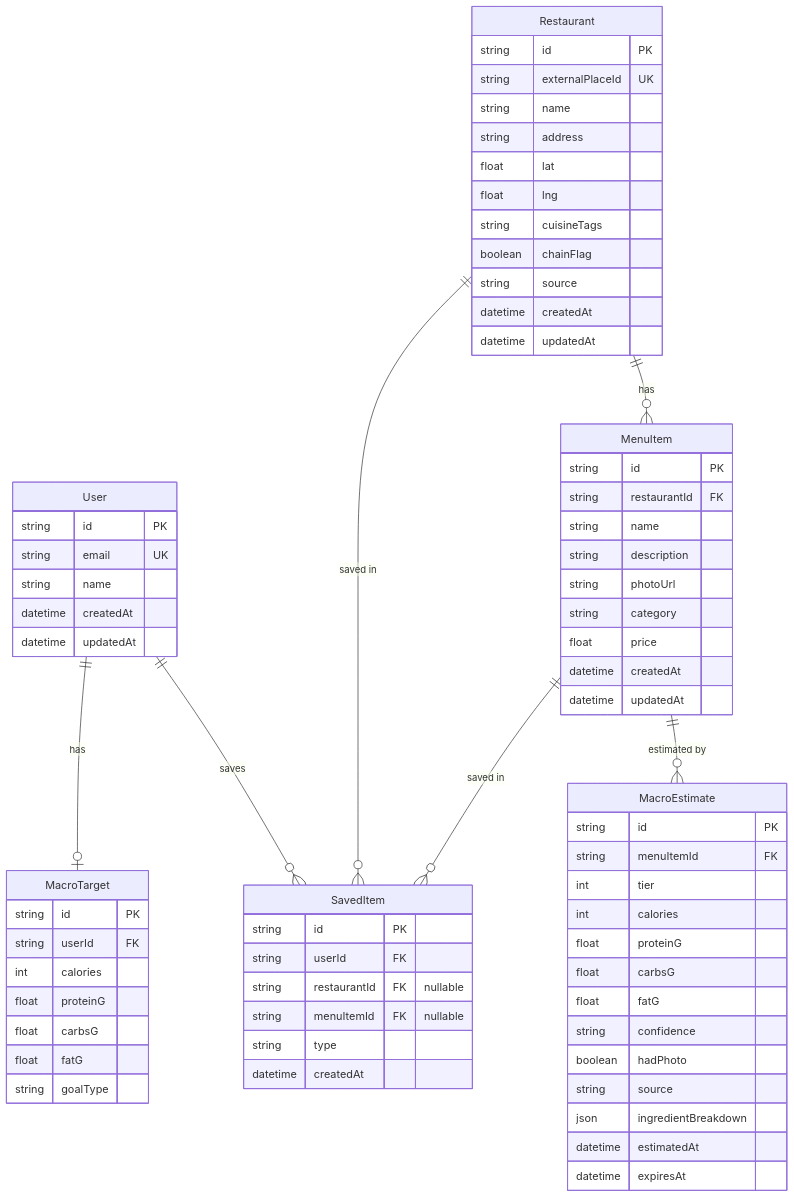
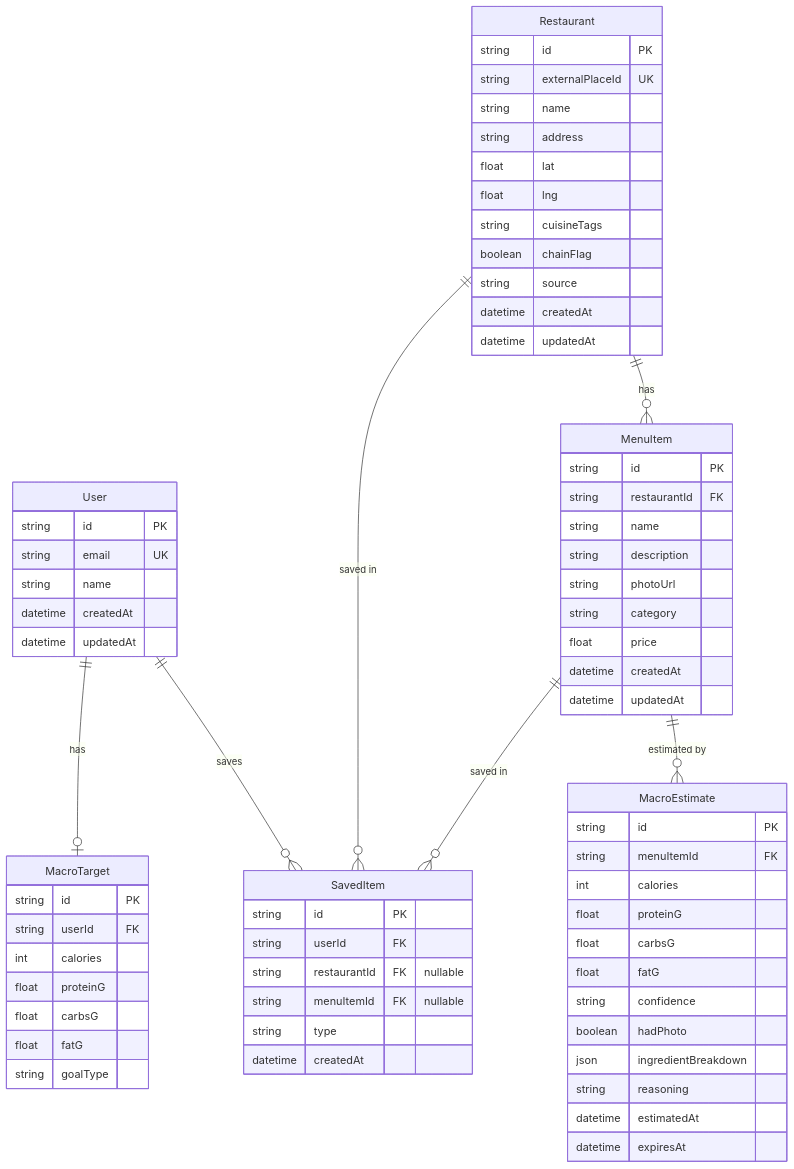
One commit to dgmolla/fitsy changed the fourth of 4 diagrams in docs/engineering/backend/system-design.md. Above: the diagram before and after it, drawn with Mermaid. The commit also changed other lines of this file and 3 other files, not shown here.

````diff
--- a/docs/engineering/backend/system-design.md
+++ b/docs/engineering/backend/system-design.md
@@ -245,78 +202,77 @@
 ```mermaid
 erDiagram
     User {
         string id PK
         string email UK
         string name
         datetime createdAt
         datetime updatedAt
     }
 
     MacroTarget {
         string id PK
         string userId FK
         int calories
         float proteinG
         float carbsG
         float fatG
         string goalType
     }
 
     Restaurant {
         string id PK
         string externalPlaceId UK
         string name
         string address
         float lat
         float lng
         string cuisineTags
         boolean chainFlag
         string source
         datetime createdAt
         datetime updatedAt
     }
 
     MenuItem {
         string id PK
         string restaurantId FK
         string name
         string description
         string photoUrl
         string category
         float price
         datetime createdAt
         datetime updatedAt
     }
 
     MacroEstimate {
         string id PK
         string menuItemId FK
-        int tier
         int calories
         float proteinG
         float carbsG
         float fatG
         string confidence
         boolean hadPhoto
-        string source
         json ingredientBreakdown
+        string reasoning
         datetime estimatedAt
         datetime expiresAt
     }
 
     SavedItem {
         string id PK
         string userId FK
         string restaurantId FK "nullable"
         string menuItemId FK "nullable"
         string type
         datetime createdAt
     }
 
     User ||--o| MacroTarget : "has"
     User ||--o{ SavedItem : "saves"
     Restaurant ||--o{ MenuItem : "has"
     MenuItem ||--o{ MacroEstimate : "estimated by"
     Restaurant ||--o{ SavedItem : "saved in"
     MenuItem ||--o{ SavedItem : "saved in"
 ```
````
